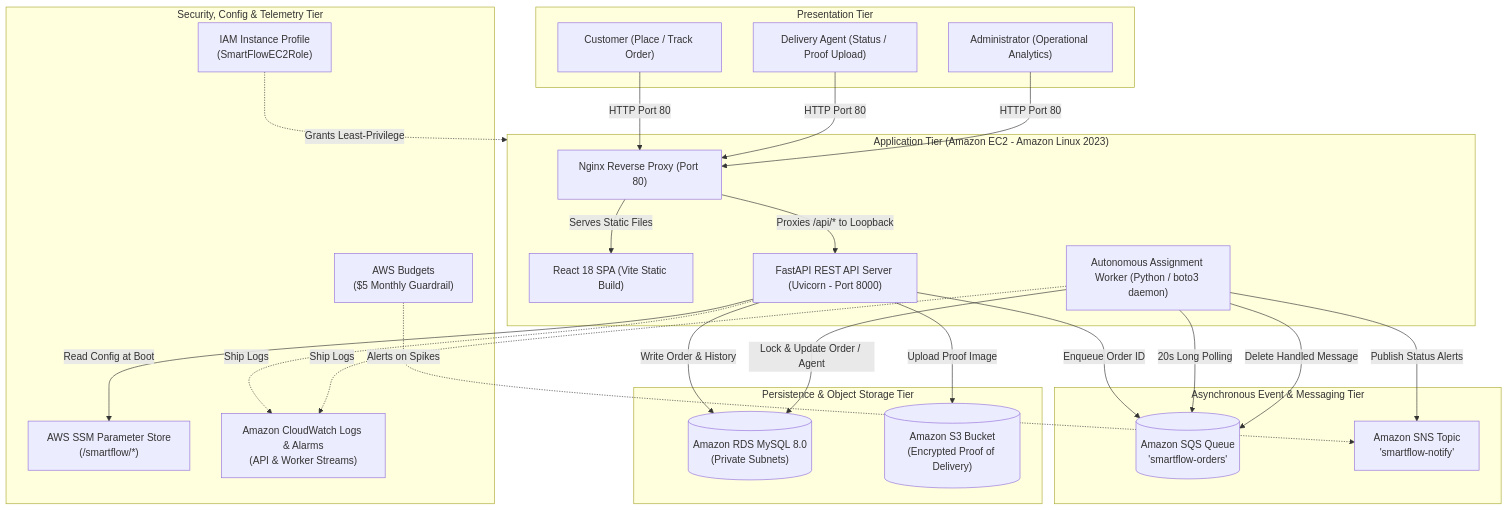
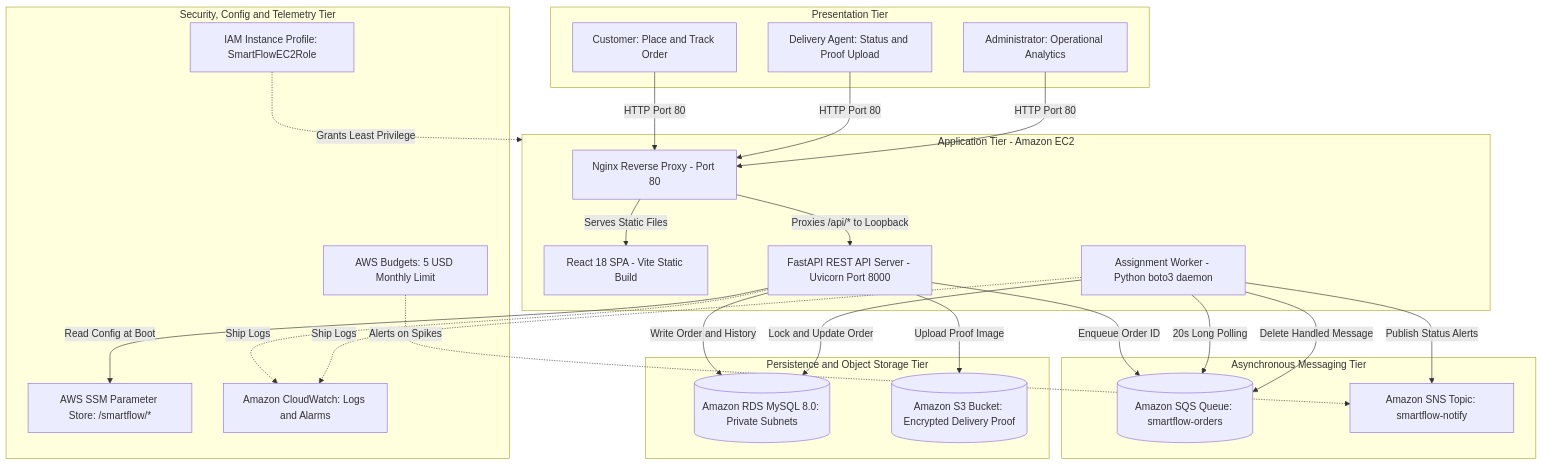
One commit to Sera0109/SmartFlow-CCL changed the first of 4 diagrams in README.md. Above: the diagram before and after it, drawn with Mermaid. The commit also changed other lines of this file, not shown here.

````diff
--- a/README.md
+++ b/README.md
@@ -105,59 +105,59 @@
 ```mermaid
 flowchart TD
     subgraph Clients["Presentation Tier"]
-        Customer["Customer (Place / Track Order)"]
-        Agent["Delivery Agent (Status / Proof Upload)"]
-        Admin["Administrator (Operational Analytics)"]
+        Customer["Customer: Place and Track Order"]
+        Agent["Delivery Agent: Status and Proof Upload"]
+        Admin["Administrator: Operational Analytics"]
     end
 
-    subgraph Compute["Application Tier (Amazon EC2 - Amazon Linux 2023)"]
-        Nginx["Nginx Reverse Proxy (Port 80)"]
-        Frontend["React 18 SPA (Vite Static Build)"]
-        FastAPI["FastAPI REST API Server (Uvicorn - Port 8000)"]
-        Worker["Autonomous Assignment Worker (Python / boto3 daemon)"]
+    subgraph Compute["Application Tier - Amazon EC2"]
+        Nginx["Nginx Reverse Proxy - Port 80"]
+        Frontend["React 18 SPA - Vite Static Build"]
+        FastAPI["FastAPI REST API Server - Uvicorn Port 8000"]
+        Worker["Assignment Worker - Python boto3 daemon"]
     end
 
-    subgraph Messaging["Asynchronous Event & Messaging Tier"]
-        SQS[("Amazon SQS Queue\n'smartflow-orders'")]
-        SNS["Amazon SNS Topic\n'smartflow-notify'"]
+    subgraph Messaging["Asynchronous Messaging Tier"]
+        SQS[("Amazon SQS Queue: smartflow-orders")]
+        SNS["Amazon SNS Topic: smartflow-notify"]
     end
 
-    subgraph Storage["Persistence & Object Storage Tier"]
-        RDS[("Amazon RDS MySQL 8.0\n(Private Subnets)")]
-        S3[("Amazon S3 Bucket\n(Encrypted Proof of Delivery)")]
+    subgraph Storage["Persistence and Object Storage Tier"]
+        RDS[("Amazon RDS MySQL 8.0: Private Subnets")]
+        S3[("Amazon S3 Bucket: Encrypted Delivery Proof")]
     end
 
-    subgraph Governance["Security, Config & Telemetry Tier"]
-        SSM["AWS SSM Parameter Store\n(/smartflow/*)"]
-        CW["Amazon CloudWatch Logs & Alarms\n(API & Worker Streams)"]
-        Budgets["AWS Budgets\n($5 Monthly Guardrail)"]
-        IAM["IAM Instance Profile\n(SmartFlowEC2Role)"]
+    subgraph Governance["Security, Config and Telemetry Tier"]
+        SSM["AWS SSM Parameter Store: /smartflow/*"]
+        CW["Amazon CloudWatch: Logs and Alarms"]
+        Budgets["AWS Budgets: 5 USD Monthly Limit"]
+        IAM["IAM Instance Profile: SmartFlowEC2Role"]
     end
 
     %% Client flows
     Customer -->|HTTP Port 80| Nginx
     Agent -->|HTTP Port 80| Nginx
     Admin -->|HTTP Port 80| Nginx
 
     %% Internal EC2
     Nginx -->|Serves Static Files| Frontend
     Nginx -->|Proxies /api/* to Loopback| FastAPI
 
     %% Ingestion
-    FastAPI -->|Write Order & History| RDS
+    FastAPI -->|Write Order and History| RDS
     FastAPI -->|Enqueue Order ID| SQS
     FastAPI -->|Upload Proof Image| S3
     FastAPI -->|Read Config at Boot| SSM
 
     %% Worker Processing
     Worker -->|20s Long Polling| SQS
-    Worker -->|Lock & Update Order / Agent| RDS
+    Worker -->|Lock and Update Order| RDS
     Worker -->|Publish Status Alerts| SNS
     Worker -->|Delete Handled Message| SQS
 
-    %% Telemetry & Roles
+    %% Telemetry and Roles
     FastAPI -.->|Ship Logs| CW
     Worker -.->|Ship Logs| CW
-    IAM -.->|Grants Least-Privilege| Compute
+    IAM -.->|Grants Least Privilege| Compute
     Budgets -.->|Alerts on Spikes| SNS
 ```
````
